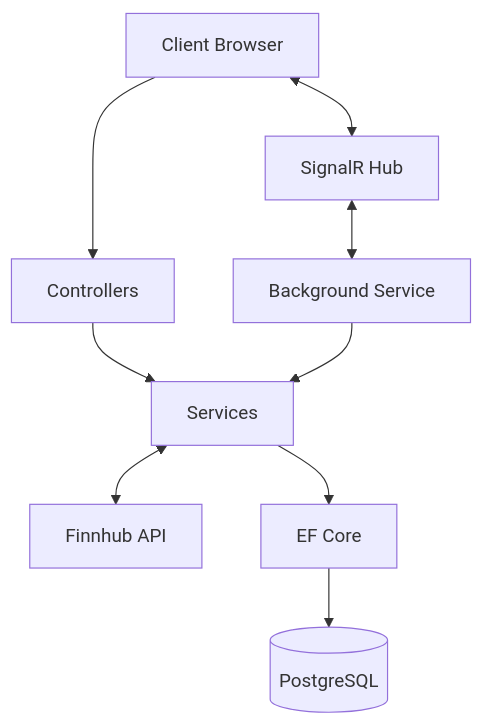
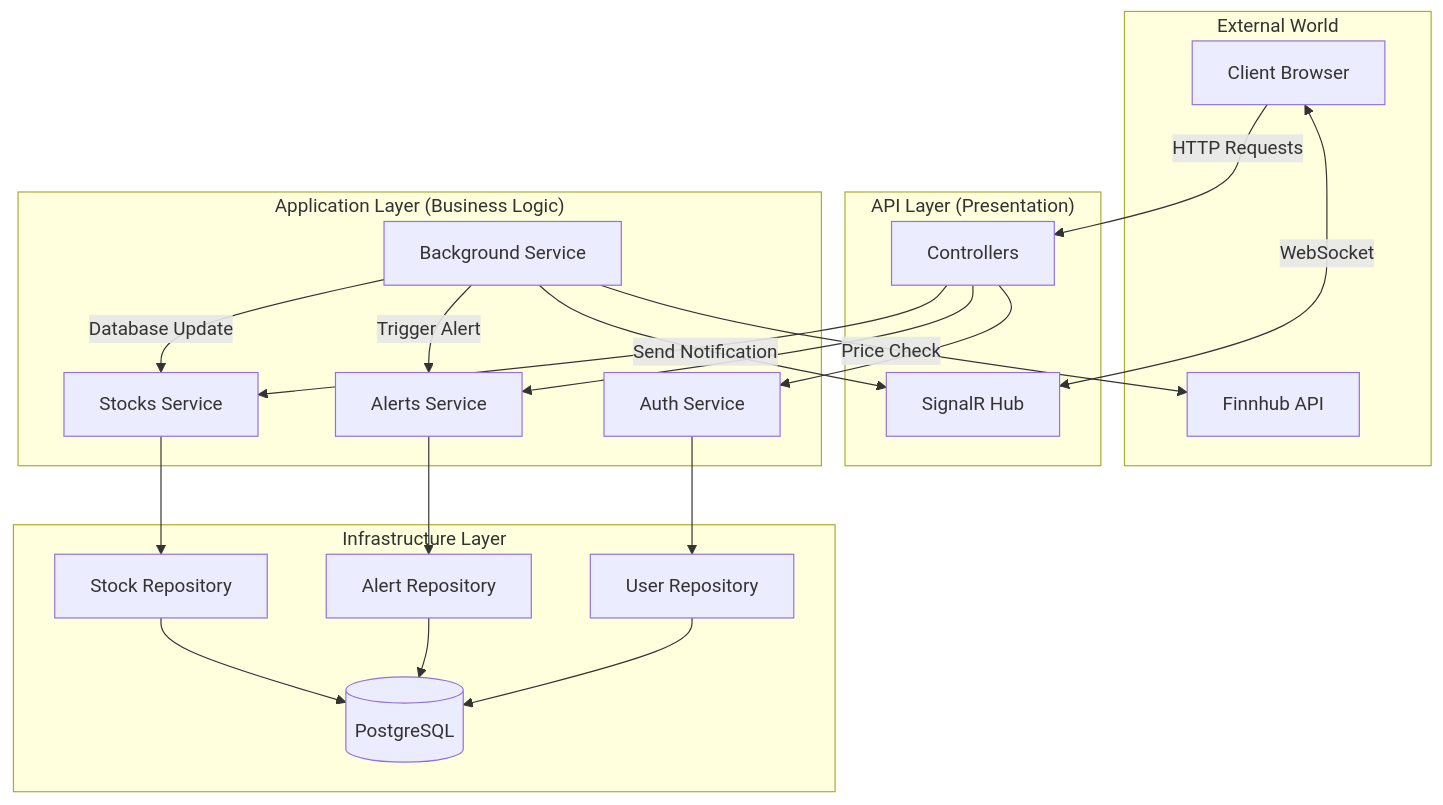
The diagram in README.md (alpererdin/StockAlertApi), drawn with Mermaid before and after one commit.

Commit message:
docs: improve architecture diagram with layered structure

````diff
--- a/README.md
+++ b/README.md
@@ -17,11 +17,46 @@
 ```mermaid
 graph TD
-    Client[Client Browser] <--> SignalR[SignalR Hub]
-    SignalR <--> Background[Background Service]
-    Client --> Controllers[Controllers]
-    Controllers --> Services[Services]
-    Background --> Services
-    Services <--> Finnhub[Finnhub API]
-    Services --> EF[EF Core]
-    EF --> DB[(PostgreSQL)]
+    subgraph "External World"
+        Client[Client Browser]
+        Finnhub[Finnhub API]
+    end
+    
+    subgraph "API Layer (Presentation)"
+        Controllers
+        SignalR[SignalR Hub]
+    end
+    
+    subgraph "Application Layer (Business Logic)"
+        AuthSvc[Auth Service]
+        AlertSvc[Alerts Service]
+        StockSvc[Stocks Service]
+        BackgroundSvc[Background Service]
+    end
+    
+    subgraph "Infrastructure Layer"
+        UserRepo[User Repository]
+        AlertRepo[Alert Repository]
+        StockRepo[Stock Repository]
+        DB[(PostgreSQL)]
+    end
+    
+    Client -->|HTTP Requests| Controllers
+    Client <-->|WebSocket| SignalR
+    
+    Controllers --> AuthSvc
+    Controllers --> AlertSvc
+    Controllers --> StockSvc
+    
+    AuthSvc --> UserRepo
+    AlertSvc --> AlertRepo
+    StockSvc --> StockRepo
+    
+    UserRepo --> DB
+    AlertRepo --> DB
+    StockRepo --> DB
+    
+    BackgroundSvc -->|Price Check| Finnhub
+    BackgroundSvc -->|Database Update| StockSvc
+    BackgroundSvc -->|Trigger Alert| AlertSvc
+    BackgroundSvc -->|Send Notification| SignalR
 ```
````
